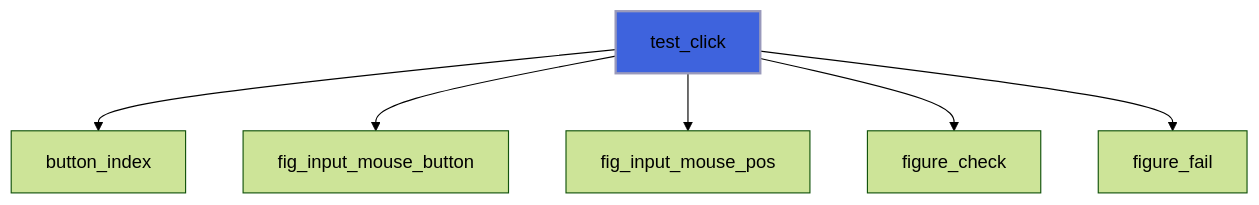
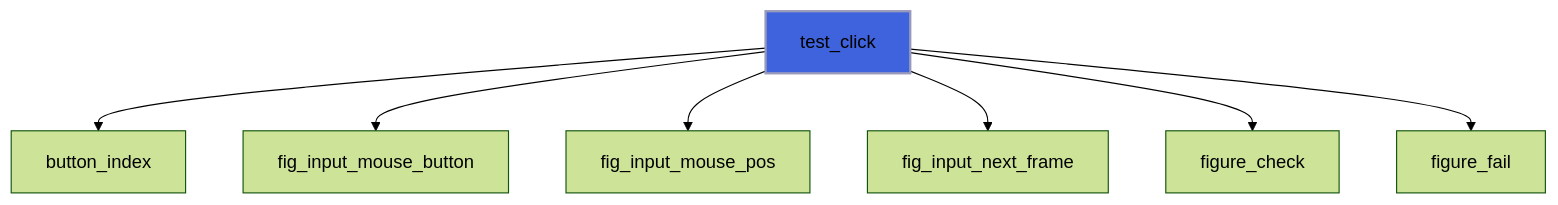
One commit to szaghi/figure changed the fifth of 12 diagrams in docs/api/src/lib/figure_testing.md. Above: the diagram before and after it, drawn with Mermaid (forest theme). The commit also changed other lines of this file and 17 other files, not shown here.

````diff
--- a/docs/api/src/lib/figure_testing.md
+++ b/docs/api/src/lib/figure_testing.md
@@ -151,9 +152,10 @@
 ```mermaid
 flowchart TD
   test_click["test_click"] --> button_index["button_index"]
   test_click["test_click"] --> fig_input_mouse_button["fig_input_mouse_button"]
   test_click["test_click"] --> fig_input_mouse_pos["fig_input_mouse_pos"]
+  test_click["test_click"] --> fig_input_next_frame["fig_input_next_frame"]
   test_click["test_click"] --> figure_check["figure_check"]
   test_click["test_click"] --> figure_fail["figure_fail"]
   style test_click fill:#3e63dd,stroke:#99b,stroke-width:2px
 ```
````
